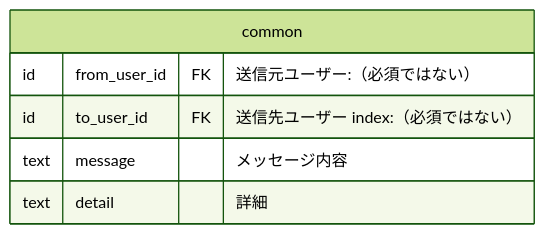
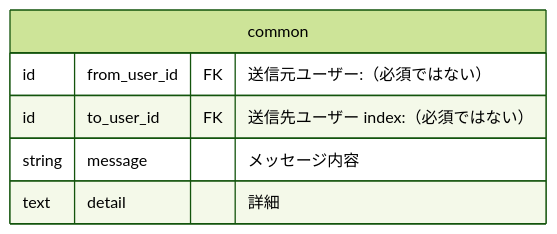
The first of 6 diagrams in docs/conceptual_schemas/notifications.md (bright-org/bright), drawn with Mermaid (forest theme) before and after one commit. The commit also changed other lines of this file, not shown here.

````diff
--- a/docs/conceptual_schemas/notifications.md
+++ b/docs/conceptual_schemas/notifications.md
@@ -7,9 +7,9 @@
 ```mermaid
 erDiagram
   common {
     id from_user_id	FK "送信元ユーザー:（必須ではない）"
     id to_user_id	FK "送信先ユーザー index:（必須ではない）"
-    text message	"メッセージ内容"
+    string message	"メッセージ内容"
     text detail	"詳細"
   }
 ```
````
